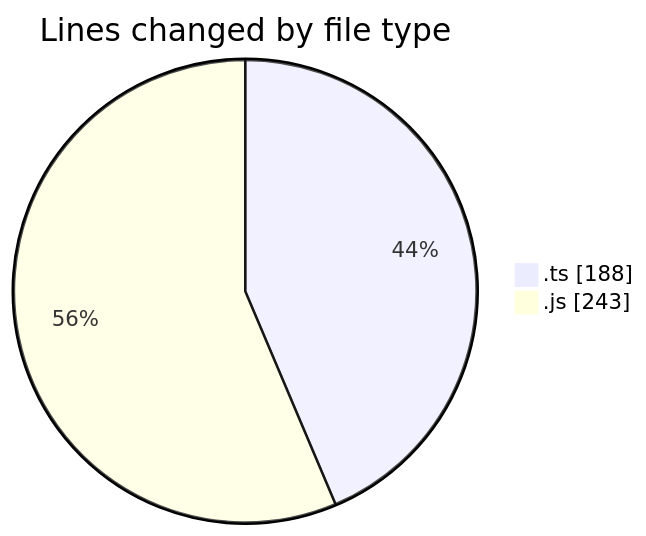
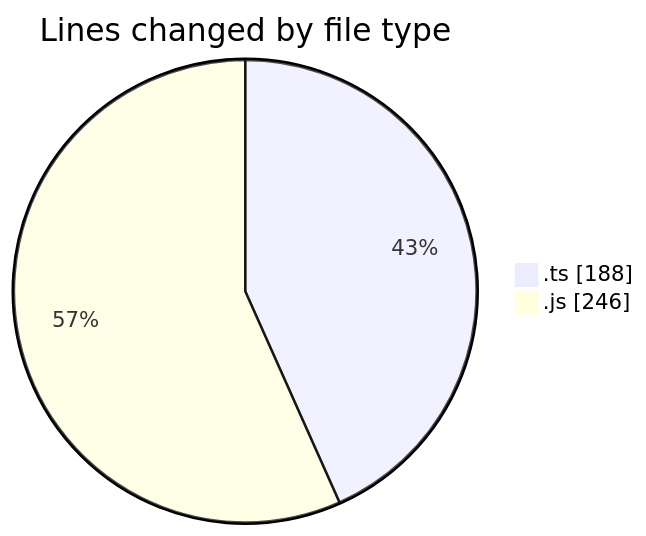
The first of 2 diagrams in 2025-03-12/cda/README.md (momahboobian/code-tracking), drawn with Mermaid before and after one commit. The commit also changed other lines of this file and 1 other file, not shown here.

````diff
--- a/2025-03-12/cda/README.md
+++ b/2025-03-12/cda/README.md
@@ -25,6 +25,6 @@
 ```mermaid
 pie showData
 title Lines changed by file type
 ".ts" : 188
-".js" : 243
+".js" : 246
 ```
````
